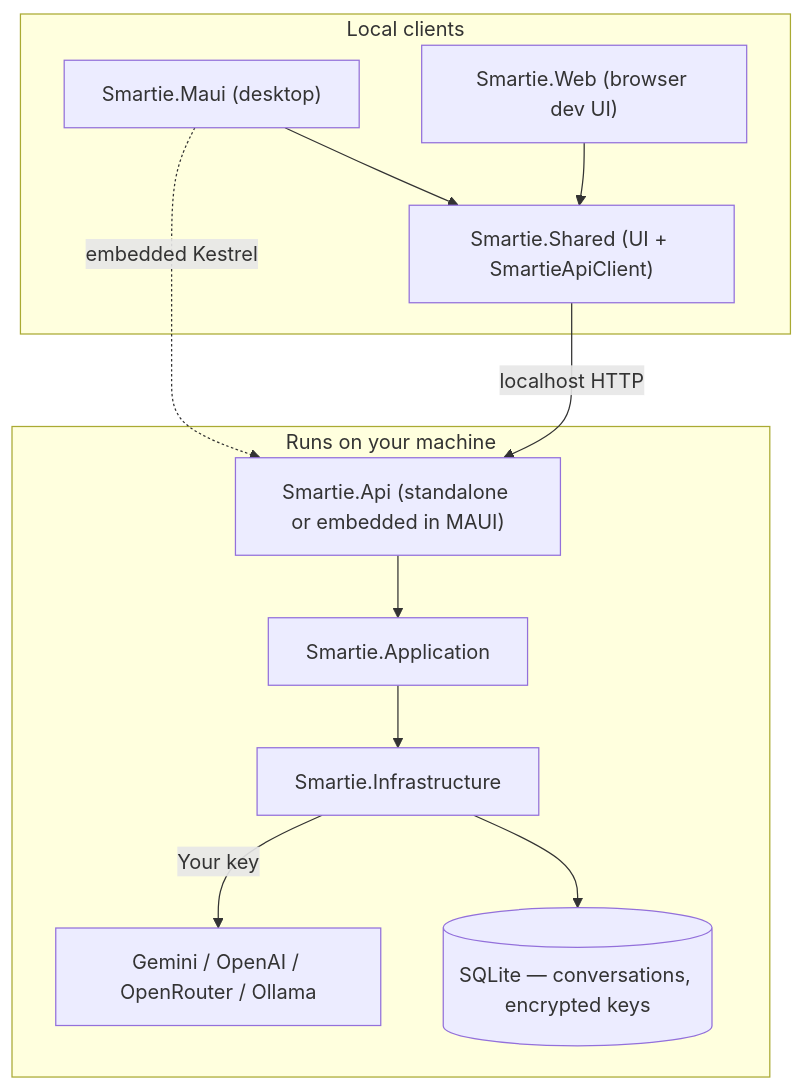
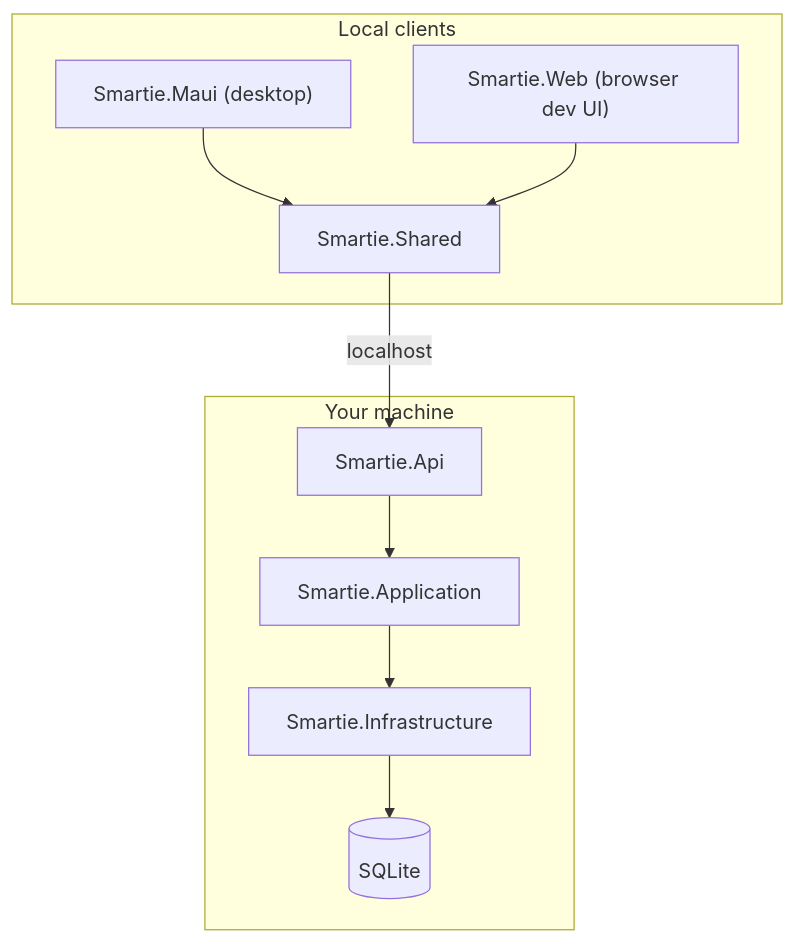
Before and after one commit to HenryZhou42/Smartie: the diagram in README.md, drawn with Mermaid. The commit also changed other lines of this file and 261 other files, not shown here.

````diff
--- a/README.md
+++ b/README.md
@@ -28,20 +53,18 @@
 ```mermaid
 flowchart TD
     subgraph client [Local clients]
         Maui["Smartie.Maui (desktop)"]
         Web["Smartie.Web (browser dev UI)"]
-        Shared["Smartie.Shared (UI + SmartieApiClient)"]
+        Shared["Smartie.Shared"]
         Maui --> Shared
         Web --> Shared
     end
-    subgraph local [Runs on your machine]
-        Api["Smartie.Api (standalone or embedded in MAUI)"]
+    subgraph local [Your machine]
+        Api["Smartie.Api"]
         App["Smartie.Application"]
         Infra["Smartie.Infrastructure"]
-        Db[(SQLite — conversations, encrypted keys)]
+        Db[(SQLite)]
         Api --> App --> Infra --> Db
-        Infra -->|Your key| Provider["Gemini / OpenAI / OpenRouter / Ollama"]
     end
-    Shared -->|localhost HTTP| Api
-    Maui -.->|embedded Kestrel| Api
+    Shared -->|localhost| Api
 ```
````
